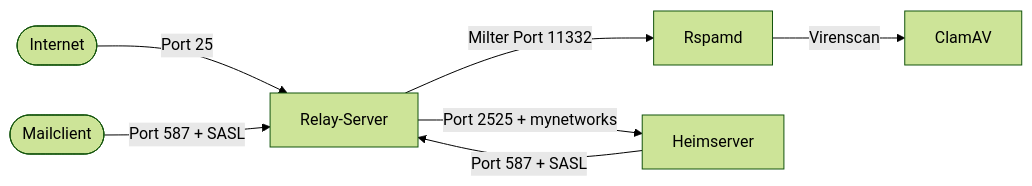
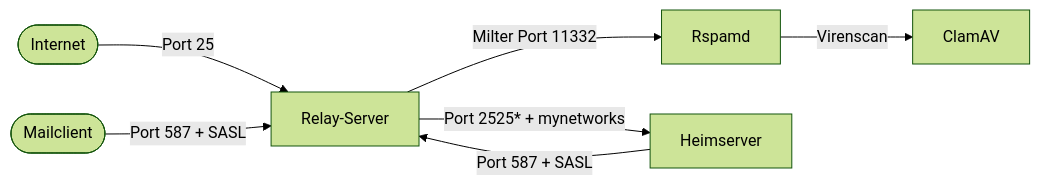
The diagram in docs/02_Infrastruktur/06_relay_server.md (Flo-63/Mailserver-Setup), drawn with Mermaid (forest theme) before and after one commit. The commit also changed other lines of this file and 1 other file, not shown here.

Commit message:
Add note about port 2525 IANA registration

````diff
--- a/docs/02_Infrastruktur/06_relay_server.md
+++ b/docs/02_Infrastruktur/06_relay_server.md
@@ -10,9 +10,9 @@
 ```mermaid
 graph LR
     I([Internet]) -->|Port 25| R[Relay-Server]
     C([Mailclient]) -->|Port 587 + SASL| R
     R -->|Milter Port 11332| RS[Rspamd]
     RS -->|Virenscan| AV[ClamAV]
-    R -->|Port 2525 + mynetworks| H[Heimserver]
+    R -->|Port 2525* + mynetworks| H[Heimserver]
     H -->|Port 587 + SASL| R
 ```
````
